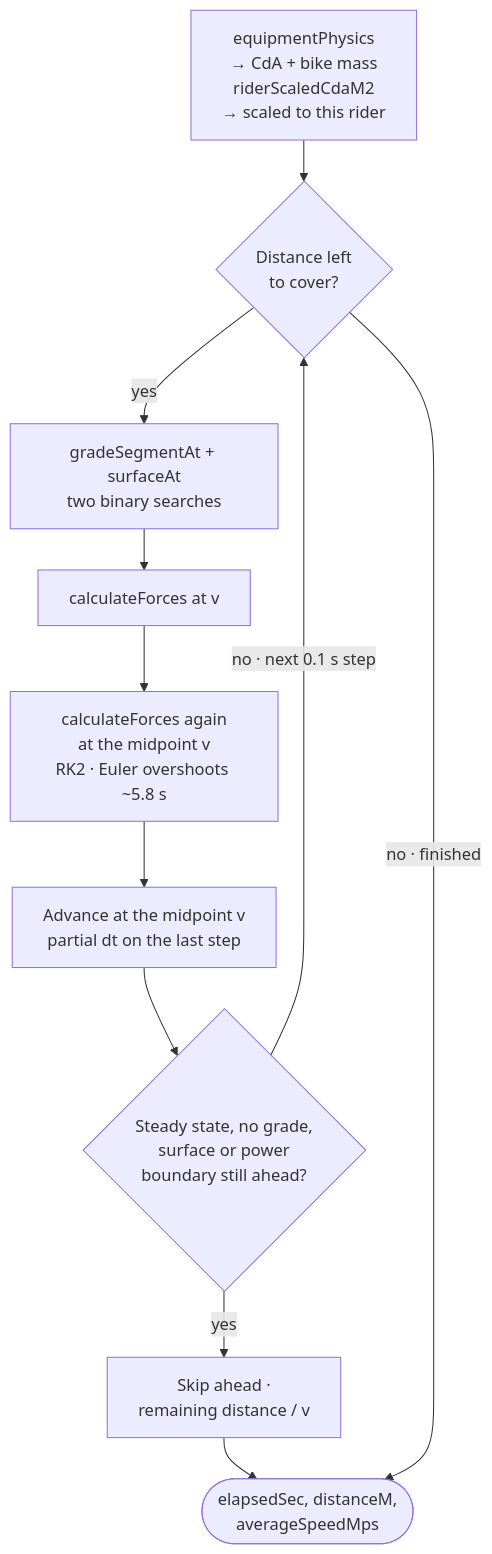
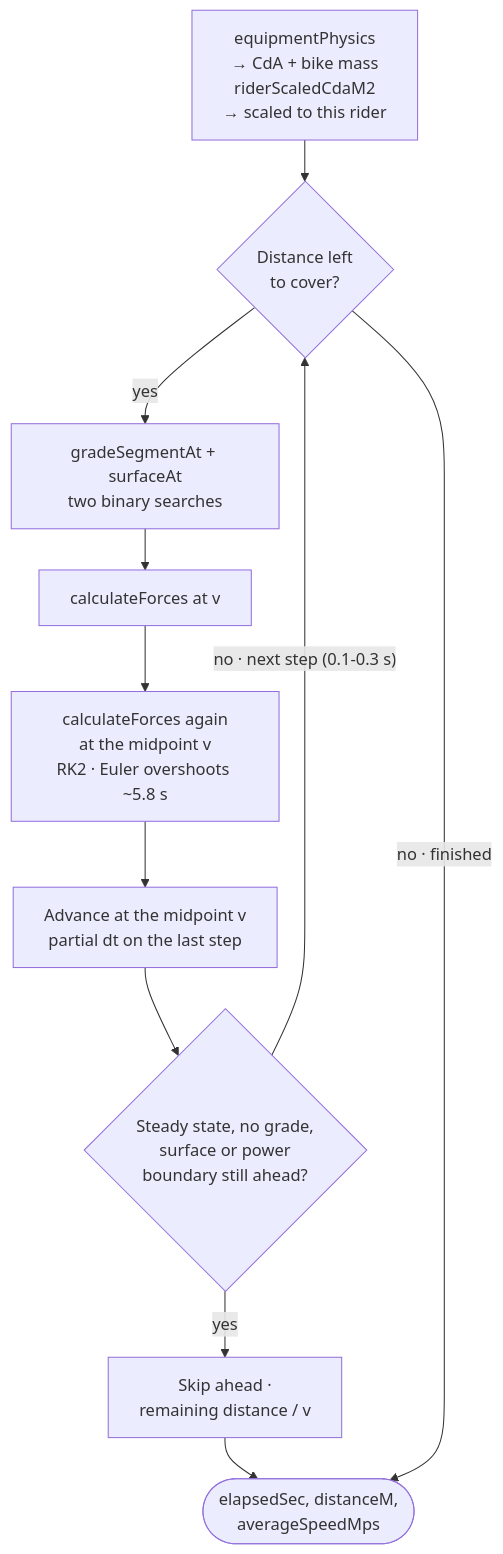
One commit to kjellrg/zwift-bikes changed the second of 5 diagrams in docs/physics-pipeline.md. Above: the diagram before and after it, drawn with Mermaid. The commit also changed other lines of this file and 50 other files, not shown here.

````diff
--- a/docs/physics-pipeline.md
+++ b/docs/physics-pipeline.md
@@ -127,19 +129,19 @@
 ```mermaid
 %%{ init: { "flowchart": { "nodeSpacing": 30, "rankSpacing": 40 } } }%%
 flowchart TD
     START["equipmentPhysics<br/>→ CdA + bike mass<br/>riderScaledCdaM2<br/>→ scaled to this rider"]
     LOOP{"Distance left<br/>to cover?"}
     LOOKUP["gradeSegmentAt + surfaceAt<br/>two binary searches"]
     F1["calculateForces at v"]
     F2["calculateForces again<br/>at the midpoint v<br/>RK2 · Euler overshoots ~5.8 s"]
     ADV["Advance at the midpoint v<br/>partial dt on the last step"]
     STEADY{"Steady state, no grade,<br/>surface or power<br/>boundary still ahead?"}
     COAST["Skip ahead ·<br/>remaining distance / v"]
     DONE(["elapsedSec, distanceM,<br/>averageSpeedMps"])
 
     START --> LOOP
     LOOP -- yes --> LOOKUP --> F1 --> F2 --> ADV --> STEADY
-    STEADY -- "no · next 0.1 s step" --> LOOP
+    STEADY -- "no · next step (0.1-0.3 s)" --> LOOP
     STEADY -- yes --> COAST --> DONE
     LOOP -- "no · finished" --> DONE
 ```
````
